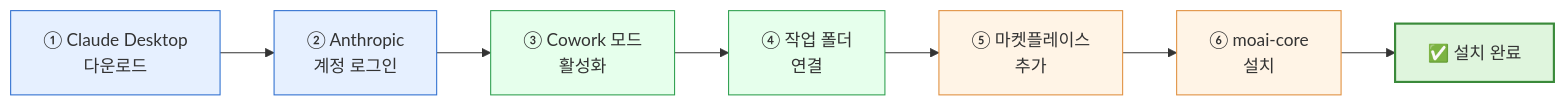
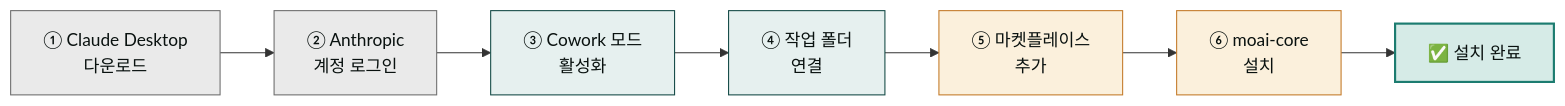
Before and after one commit to modu-ai/claude: the diagram in content/getting-started/install.md, drawn with Mermaid. The commit also changed 97 other files, not shown here.

First line of the commit message:
style(docs-site): mermaid 색상 브랜드 정합 + 라이트 테마 단일화

````diff
--- a/content/getting-started/install.md
+++ b/content/getting-started/install.md
@@ -11,17 +11,17 @@
 ```mermaid
 flowchart LR
     A["① Claude Desktop<br/>다운로드"] --> B["② Anthropic<br/>계정 로그인"]
     B --> C["③ Cowork 모드<br/>활성화"]
     C --> D["④ 작업 폴더<br/>연결"]
     D --> E["⑤ 마켓플레이스<br/>추가"]
     E --> F["⑥ moai-core<br/>설치"]
     F --> G["✅ 설치 완료"]
 
-    style A fill:#e6f0ff,stroke:#3070d0
-    style B fill:#e6f0ff,stroke:#3070d0
-    style C fill:#e6ffec,stroke:#30a050
-    style D fill:#e6ffec,stroke:#30a050
-    style E fill:#fff4e6,stroke:#e09040
-    style F fill:#fff4e6,stroke:#e09040
-    style G fill:#dff5dd,stroke:#3a8a3a,stroke-width:2px
+    style A fill:#eaeaea,stroke:#6e6e6e,color:#09110f
+    style B fill:#eaeaea,stroke:#6e6e6e,color:#09110f
+    style C fill:#e6f0ef,stroke:#144a46,color:#09110f
+    style D fill:#e6f0ef,stroke:#144a46,color:#09110f
+    style E fill:#fbf0dc,stroke:#c47b2a,color:#09110f
+    style F fill:#fbf0dc,stroke:#c47b2a,color:#09110f
+    style G fill:#d6ebe7,stroke:#1c7c70,stroke-width:2px,color:#09110f
 ```
````
